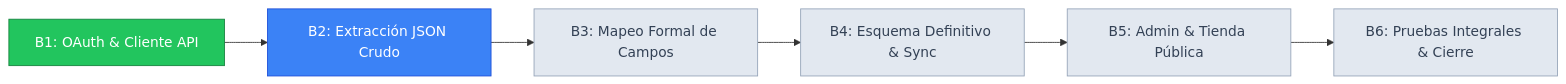
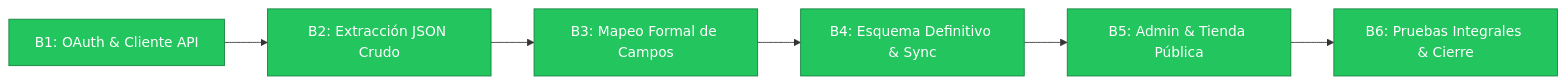
One commit to FredyLomeli/jc-autopartes changed the diagram in docs/progreso_fase_B.md. Above: the diagram before and after it, drawn with Mermaid. The commit also changed other lines of this file and 24 other files, not shown here.

````diff
--- a/docs/progreso_fase_B.md
+++ b/docs/progreso_fase_B.md
@@ -28,15 +28,15 @@
 ```mermaid
 flowchart LR
     B1[B1: OAuth & Cliente API] --> B2[B2: Extracción JSON Crudo]
     B2 --> B3[B3: Mapeo Formal de Campos]
     B3 --> B4[B4: Esquema Definitivo & Sync]
     B4 --> B5[B5: Admin & Tienda Pública]
     B5 --> B6[B6: Pruebas Integrales & Cierre]
     
     style B1 fill:#22c55e,stroke:#15803d,color:#fff
-    style B2 fill:#3b82f6,stroke:#1d4ed8,color:#fff
-    style B3 fill:#e2e8f0,stroke:#94a3b8,color:#334155
-    style B4 fill:#e2e8f0,stroke:#94a3b8,color:#334155
-    style B5 fill:#e2e8f0,stroke:#94a3b8,color:#334155
-    style B6 fill:#e2e8f0,stroke:#94a3b8,color:#334155
+    style B2 fill:#22c55e,stroke:#15803d,color:#fff
+    style B3 fill:#22c55e,stroke:#15803d,color:#fff
+    style B4 fill:#22c55e,stroke:#15803d,color:#fff
+    style B5 fill:#22c55e,stroke:#15803d,color:#fff
+    style B6 fill:#22c55e,stroke:#15803d,color:#fff
 ```
````
